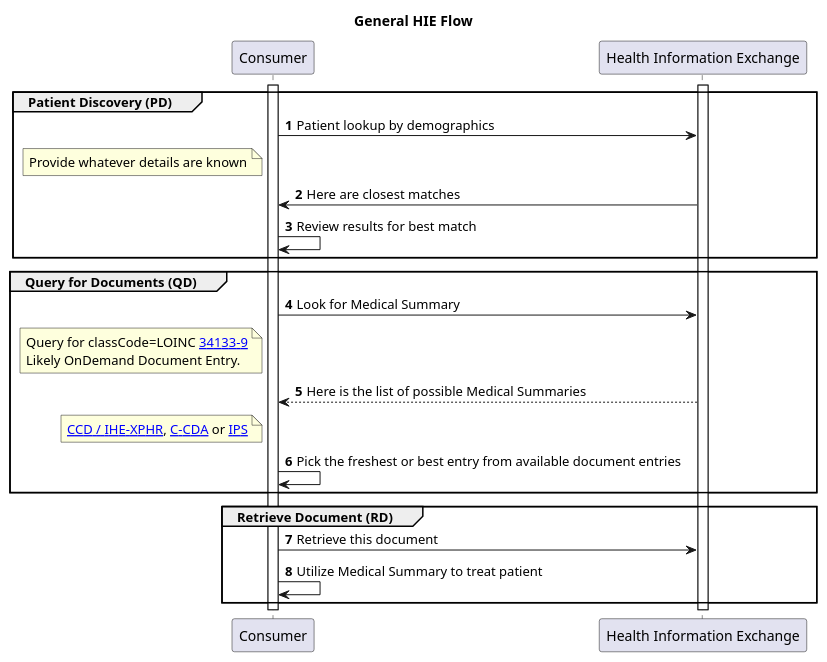
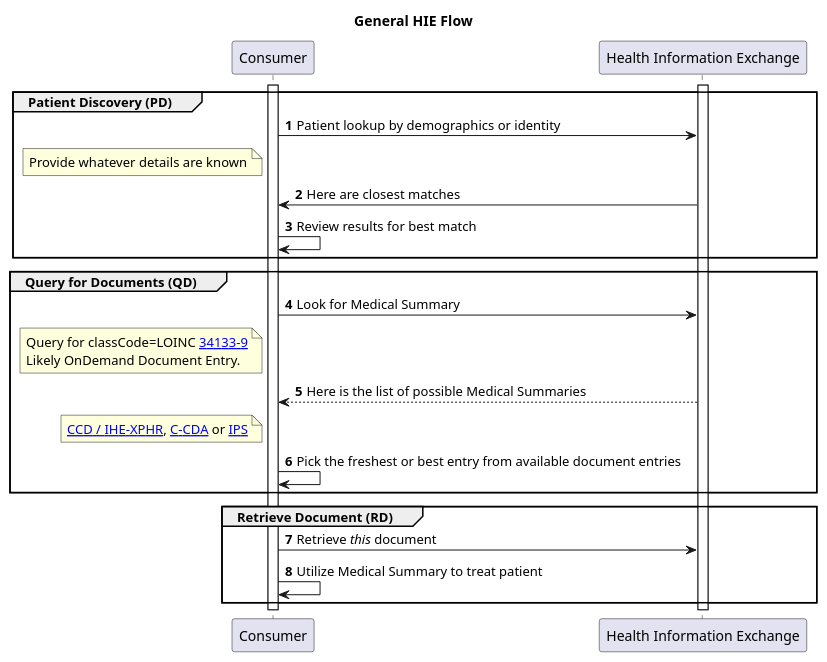
One commit to IHE/EMS-Overall changed the diagram in input/images-source/usecase0-processflow.plantuml. Above: the diagram before and after it, drawn with PlantUML. The commit also changed 2 other files, not shown here.

```diff
--- a/input/images-source/usecase0-processflow.plantuml
+++ b/input/images-source/usecase0-processflow.plantuml
@@ -1,33 +1,33 @@
 @startuml
 skinparam svgDimensionStyle false
 title General HIE Flow
 participant "Consumer" as Consumer
 participant "Health Information Exchange" as HIE [[https://profiles.ihe.net/ITI/HIE-Whitepaper/index.html HIE-Whitepaper]]
 autonumber
 activate Consumer
 activate HIE
 
 group Patient Discovery (PD)
-Consumer -> HIE: Patient lookup by demographics
+Consumer -> HIE: Patient lookup by demographics or identity
 Note left of Consumer: Provide whatever details are known
 Consumer <- HIE: Here are closest matches
 Consumer -> Consumer: Review results for best match
 end group
 
 group Query for Documents (QD)
 Consumer -> HIE: Look for Medical Summary
 Note left of Consumer: Query for classCode=LOINC [[https://loinc.org/34133-9/ 34133-9]]\nLikely OnDemand Document Entry.
 Consumer <-- HIE: Here is the list of possible Medical Summaries
 Note left of Consumer: [[https://www.ihe.net/uploadedFiles/Documents/PCC/IHE_PCC_TF_Vol1.pdf#nameddest=4_Exchange_of_Personal_Health_R CCD / IHE-XPHR]], [[https://www.hl7.org/ccdasearch/ C-CDA]] or [[https://hl7.org/fhir/uv/ips/ IPS]]
 Consumer -> Consumer: Pick the freshest or best entry from available document entries
 end group
 
 group Retrieve Document (RD)
-Consumer -> HIE: Retrieve this document
+Consumer -> HIE: Retrieve //this// document
 Consumer -> Consumer: Utilize Medical Summary to treat patient
 end group
 
 deactivate HIE
 deactivate Consumer
 
 @enduml
```
